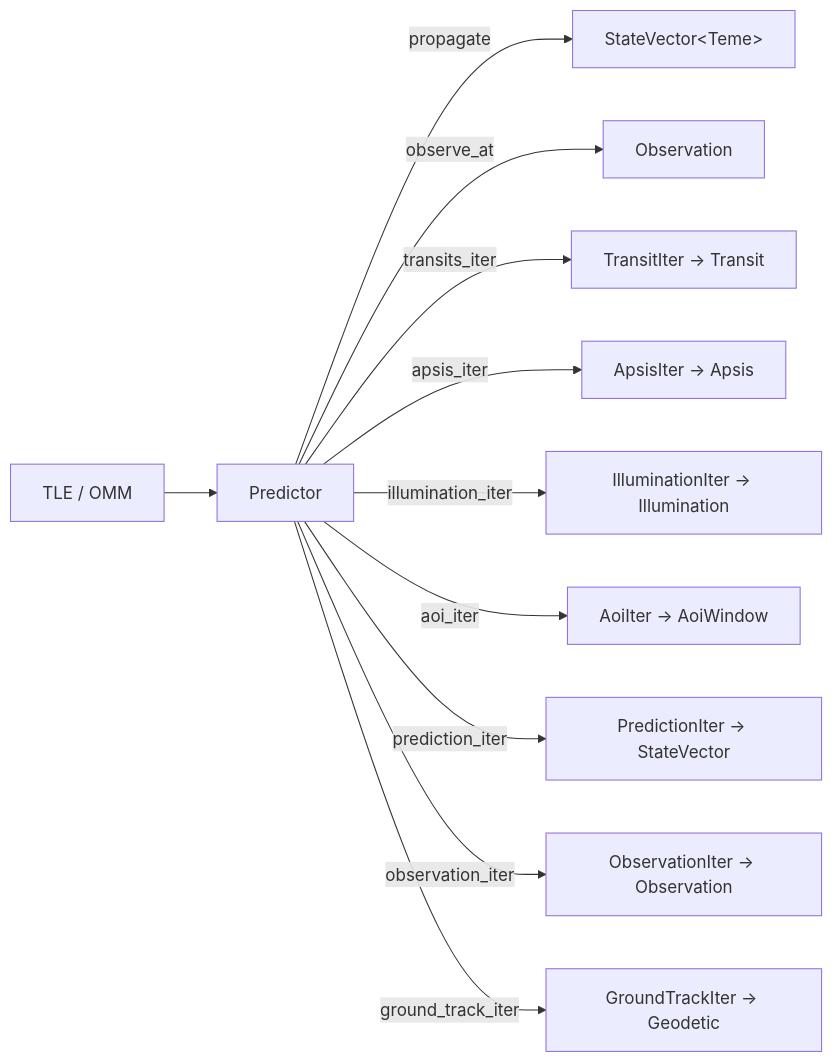
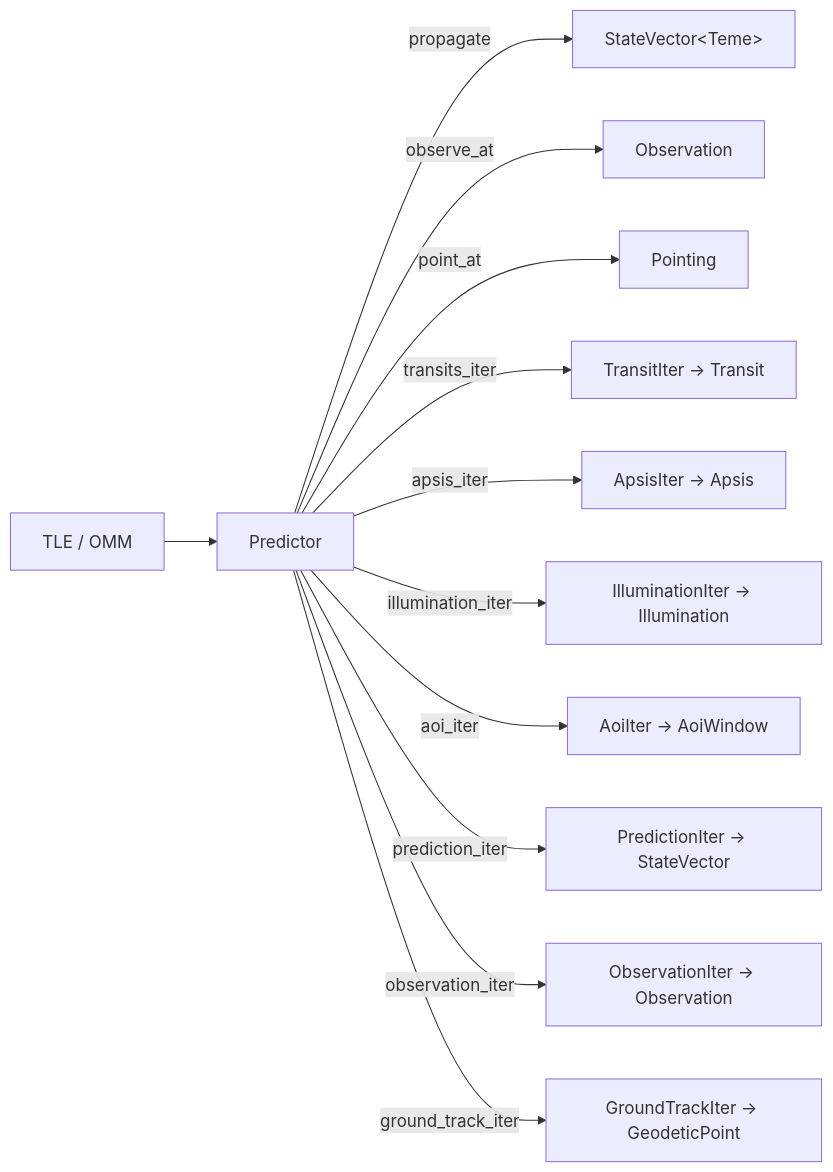
The second of 2 diagrams in docs/architecture.md (steg87/sgp4-predict), drawn with Mermaid before and after one commit. The commit also changed other lines of this file and 42 other files, not shown here.

First line of the commit message:
Satellite-to-ground pointing, and one geodetic type (#57)

````diff
--- a/docs/architecture.md
+++ b/docs/architecture.md
@@ -56,13 +56,14 @@
 ```mermaid
 flowchart LR
     TLE["TLE / OMM"] --> Predictor
     Predictor -->|propagate| SV["StateVector&lt;Teme&gt;"]
     Predictor -->|observe_at| Obs["Observation"]
+    Predictor -->|point_at| Pt["Pointing"]
     Predictor -->|transits_iter| TI["TransitIter → Transit"]
     Predictor -->|apsis_iter| AI["ApsisIter → Apsis"]
     Predictor -->|illumination_iter| II["IlluminationIter → Illumination"]
     Predictor -->|aoi_iter| QI["AoiIter → AoiWindow"]
     Predictor -->|prediction_iter| PI["PredictionIter → StateVector"]
     Predictor -->|observation_iter| OI["ObservationIter → Observation"]
-    Predictor -->|ground_track_iter| GI["GroundTrackIter → Geodetic"]
+    Predictor -->|ground_track_iter| GI["GroundTrackIter → GeodeticPoint"]
 ```
````
